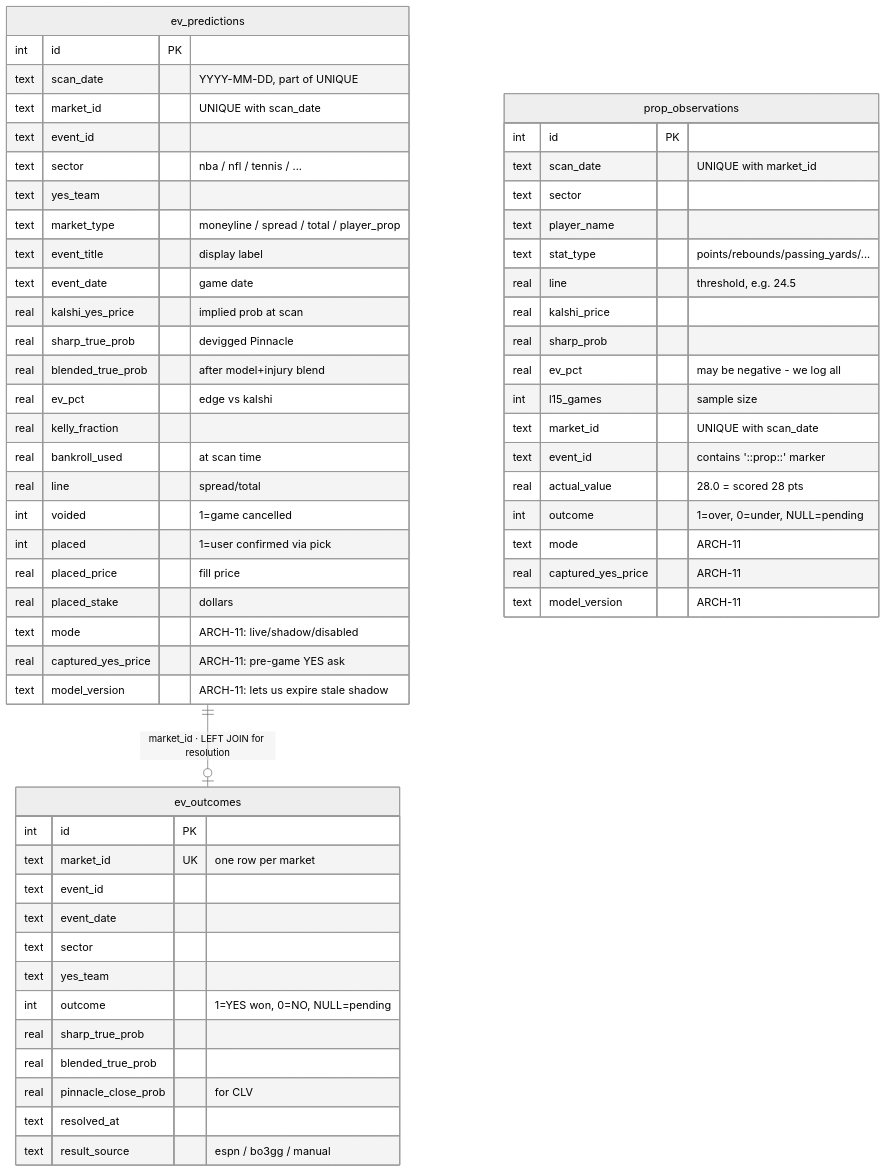
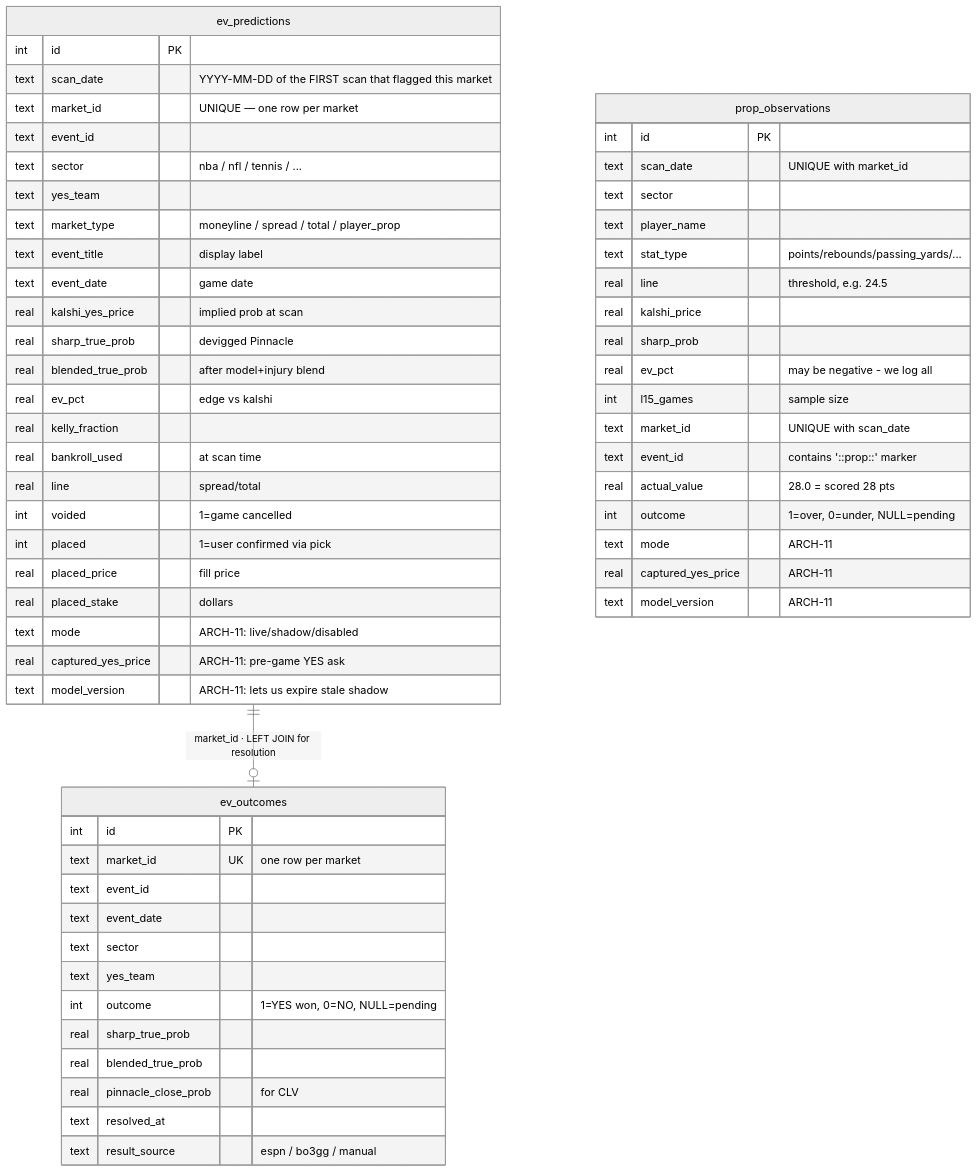
One commit to tzeng7/evmax-sim changed the second of 2 diagrams in CLAUDE.md. Above: the diagram before and after it, drawn with Mermaid (neutral theme). The commit also changed other lines of this file and 2 other files, not shown here.

First line of the commit message:
drift-audit(2026-07-01) loop 3: DB schema conventions, clients README, resolve-hook sector count

````diff
--- a/CLAUDE.md
+++ b/CLAUDE.md
@@ -384,64 +385,64 @@
 ```mermaid
 erDiagram
     ev_predictions ||--o| ev_outcomes : "market_id · LEFT JOIN for resolution"
     ev_predictions {
         int id PK
-        text scan_date "YYYY-MM-DD, part of UNIQUE"
-        text market_id "UNIQUE with scan_date"
+        text scan_date "YYYY-MM-DD of the FIRST scan that flagged this market"
+        text market_id "UNIQUE — one row per market"
         text event_id
         text sector "nba / nfl / tennis / ..."
         text yes_team
         text market_type "moneyline / spread / total / player_prop"
         text event_title "display label"
         text event_date "game date"
         real kalshi_yes_price "implied prob at scan"
         real sharp_true_prob "devigged Pinnacle"
         real blended_true_prob "after model+injury blend"
         real ev_pct "edge vs kalshi"
         real kelly_fraction
         real bankroll_used "at scan time"
         real line "spread/total"
         int voided "1=game cancelled"
         int placed "1=user confirmed via pick"
         real placed_price "fill price"
         real placed_stake "dollars"
         text mode "ARCH-11: live/shadow/disabled"
         real captured_yes_price "ARCH-11: pre-game YES ask"
         text model_version "ARCH-11: lets us expire stale shadow"
     }
 
     prop_observations {
         int id PK
         text scan_date "UNIQUE with market_id"
         text sector
         text player_name
         text stat_type "points/rebounds/passing_yards/..."
         real line "threshold, e.g. 24.5"
         real kalshi_price
         real sharp_prob
         real ev_pct "may be negative - we log all"
         int l15_games "sample size"
         text market_id "UNIQUE with scan_date"
         text event_id "contains '::prop::' marker"
         real actual_value "28.0 = scored 28 pts"
         int outcome "1=over, 0=under, NULL=pending"
         text mode "ARCH-11"
         real captured_yes_price "ARCH-11"
         text model_version "ARCH-11"
     }
 
     ev_outcomes {
         int id PK
         text market_id UK "one row per market"
         text event_id
         text event_date
         text sector
         text yes_team
         int outcome "1=YES won, 0=NO, NULL=pending"
         real sharp_true_prob
         real blended_true_prob
         real pinnacle_close_prob "for CLV"
         text resolved_at
         text result_source "espn / bo3gg / manual"
     }
 ```
````
